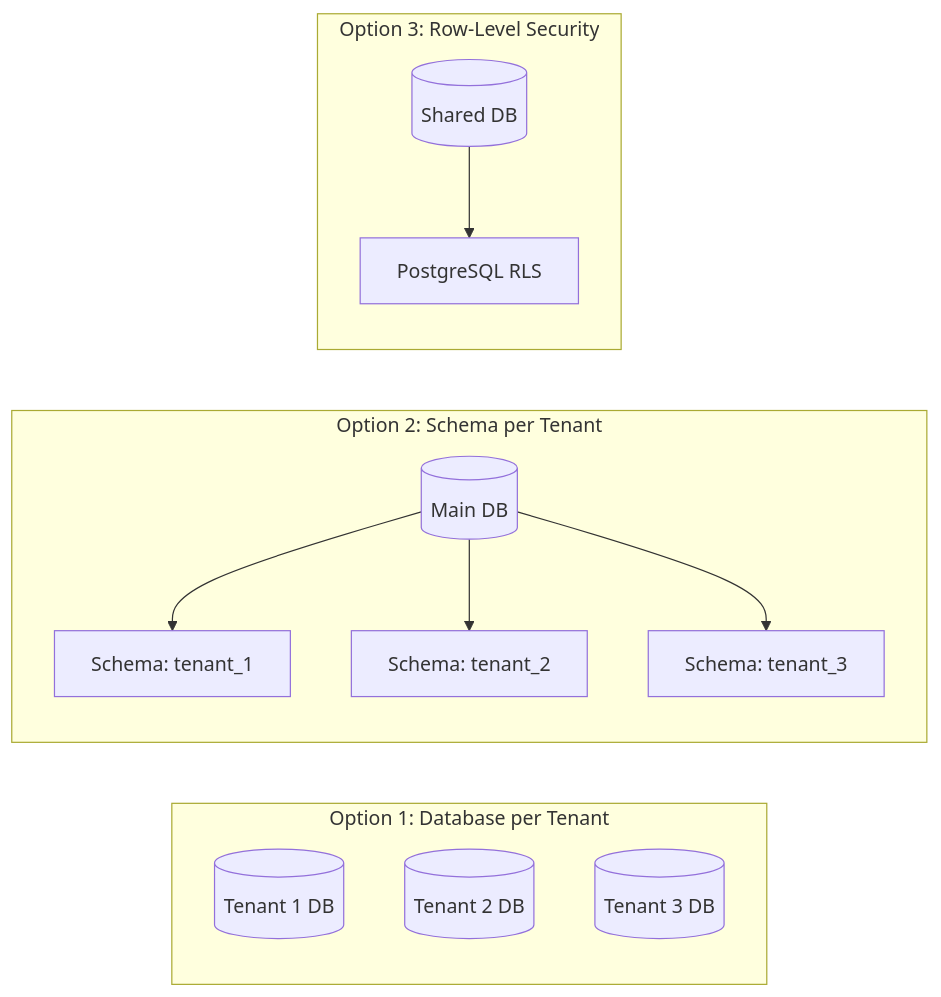
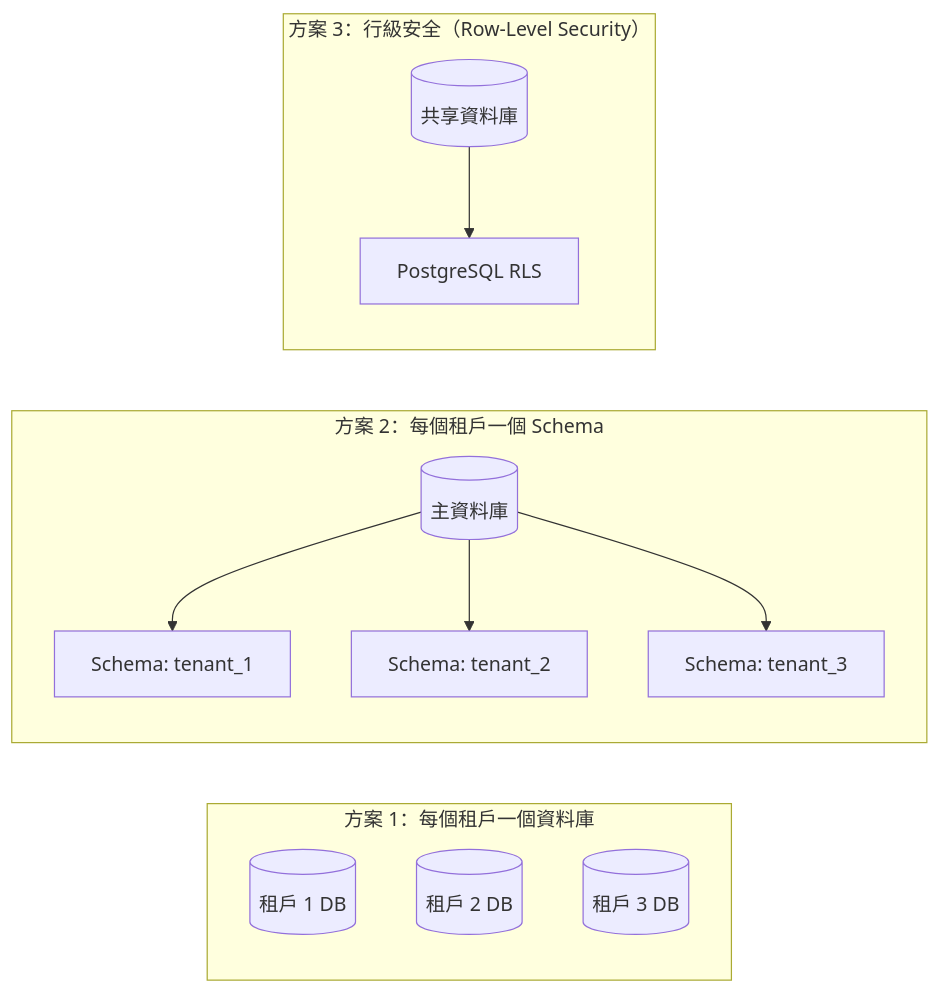
One commit to ron03wlb/smart-admin changed the second of 4 diagrams in docs/iGaming/architecture/06_Platform_Core/Multi_Tenant_Architecture.md. Above: the diagram before and after it, drawn with Mermaid. The commit also changed other lines of this file and 4 other files, not shown here.

````diff
--- a/docs/iGaming/architecture/06_Platform_Core/Multi_Tenant_Architecture.md
+++ b/docs/iGaming/architecture/06_Platform_Core/Multi_Tenant_Architecture.md
@@ -52,24 +52,24 @@
 ```mermaid
 graph LR
-    subgraph Option_1["Option 1: Database per Tenant"]
-        DB1[(Tenant 1 DB)]
-        DB2[(Tenant 2 DB)]
-        DB3[(Tenant 3 DB)]
+    subgraph Option_1["方案 1：每個租戶一個資料庫"]
+        DB1[(租戶 1 DB)]
+        DB2[(租戶 2 DB)]
+        DB3[(租戶 3 DB)]
     end
 
-    subgraph Option_2["Option 2: Schema per Tenant"]
-        DB_Main[(Main DB)]
+    subgraph Option_2["方案 2：每個租戶一個 Schema"]
+        DB_Main[(主資料庫)]
         S1[Schema: tenant_1]
         S2[Schema: tenant_2]
         S3[Schema: tenant_3]
         DB_Main --> S1
         DB_Main --> S2
         DB_Main --> S3
     end
 
-    subgraph Option_3["Option 3: Row-Level Security"]
-        DB_Shared[(Shared DB)]
+    subgraph Option_3["方案 3：行級安全（Row-Level Security）"]
+        DB_Shared[(共享資料庫)]
         RLS[PostgreSQL RLS]
         DB_Shared --> RLS
     end
 ```
````
